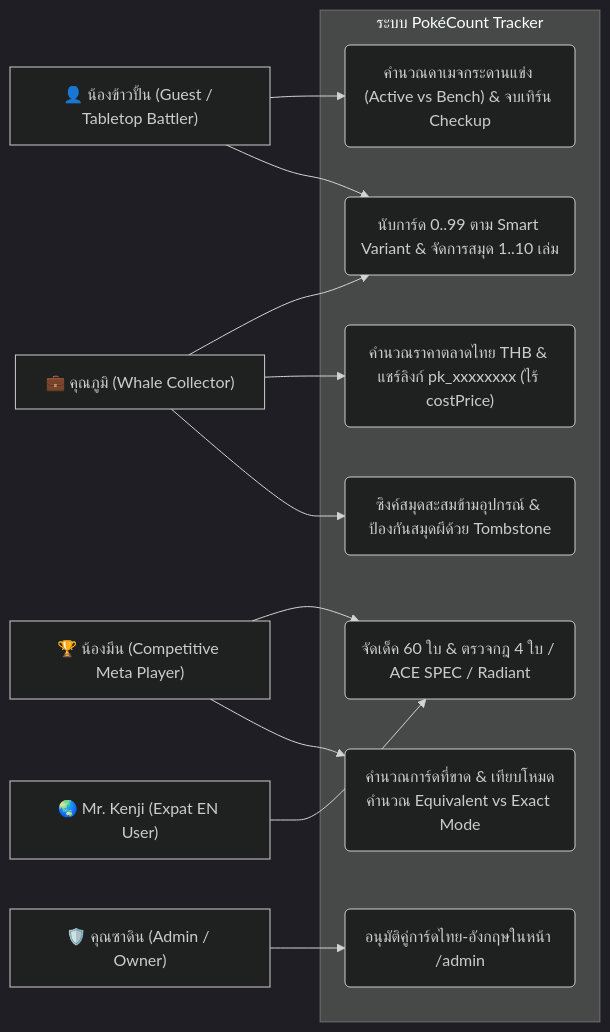
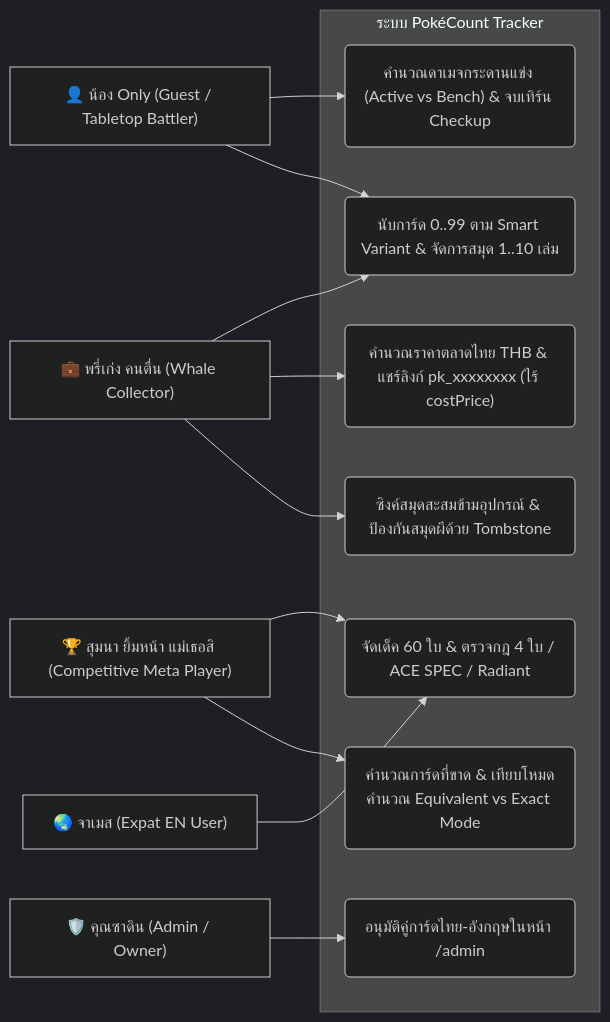
Before and after one commit to sadin911/Group2CWN: the second of 5 diagrams in DESIGN.md, drawn with Mermaid (dark theme). The commit also changed other lines of this file and 8 other files, not shown here.

Commit message:
chore(personas): update all personas to requested names (พรี่เก่ง, สุมนา, จานบิน, พรี่กฤษ, จาเมส, พ.บ., คุณบุ, พรี่ยุต, พรี่เพียร, น้อง Only, พรี่เควิน, นนทิชา, หนึ่งนะจ๊ะ, เจ๊ไกด์)

````diff
--- a/DESIGN.md
+++ b/DESIGN.md
@@ -45,28 +45,28 @@
 ```mermaid
 flowchart LR
-    Guest["👤 น้องข้าวปั้น (Guest / Tabletop Battler)"]
-    Col["💼 คุณภูมิ (Whale Collector)"]
-    Play["🏆 น้องมีน (Competitive Meta Player)"]
-    Expat["🌏 Mr. Kenji (Expat EN User)"]
+    Guest["👤 น้อง Only (Guest / Tabletop Battler)"]
+    Col["💼 พรี่เก่ง คนตื่น (Whale Collector)"]
+    Play["🏆 สุมนา ยิ้มหน้า แม่เธอสิ (Competitive Meta Player)"]
+    Expat["🌏 จาเมส (Expat EN User)"]
     Admin["🛡️ คุณซาดิน (Admin / Owner)"]
 
     subgraph PokeCount["ระบบ PokéCount Tracker"]
         UC1("นับการ์ด 0..99 ตาม Smart Variant & จัดการสมุด 1..10 เล่ม")
         UC2("คำนวณราคาตลาดไทย THB & แชร์ลิงก์ pk_xxxxxxxx (ไร้ costPrice)")
         UC3("จัดเด็ค 60 ใบ & ตรวจกฎ 4 ใบ / ACE SPEC / Radiant")
         UC4("คำนวณการ์ดที่ขาด & เทียบโหมดคำนวณ Equivalent vs Exact Mode")
         UC5("คำนวณดาเมจกระดานแข่ง (Active vs Bench) & จบเทิร์น Checkup")
         UC6("ซิงค์สมุดสะสมข้ามอุปกรณ์ & ป้องกันสมุดผีด้วย Tombstone")
         UC7("อนุมัติคู่การ์ดไทย-อังกฤษในหน้า /admin")
     end
 
     Guest --> UC5
     Guest --> UC1
     Col --> UC1
     Col --> UC2
     Col --> UC6
     Play --> UC3
     Play --> UC4
     Expat --> UC3
     Admin --> UC7
 ```
````
